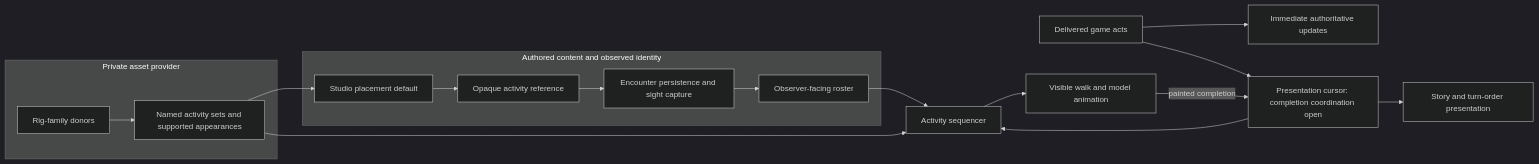
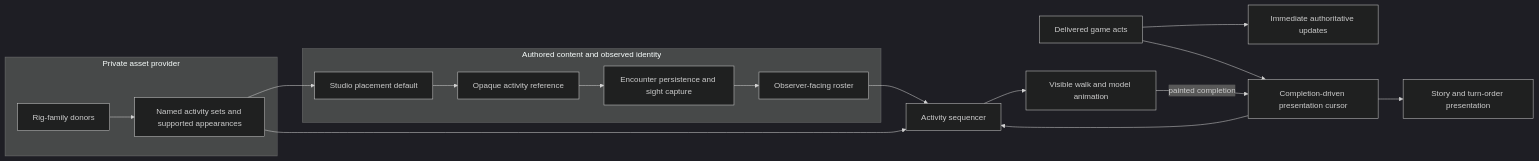
One commit to KirkDiggler/rpg-project changed the diagram in ideas/npc-activities/design.md. Above: the diagram before and after it, drawn with Mermaid (dark theme). The commit also changed other lines of this file and 1 other file, not shown here.

First line of the commit message:
Settle completion-driven NPC presentation pacing

````diff
--- a/ideas/npc-activities/design.md
+++ b/ideas/npc-activities/design.md
@@ -5,20 +5,20 @@
 ```mermaid
 flowchart LR
     subgraph Assets[Private asset provider]
       Donors[Rig-family donors] --> Sets[Named activity sets and supported appearances]
     end
     subgraph Content[Authored content and observed identity]
       Studio[Studio placement default] --> Placement[Opaque activity reference]
       Placement --> Encounter[Encounter persistence and sight capture]
       Encounter --> Roster[Observer-facing roster]
     end
     Sets --> Studio
     Roster --> Playback[Activity sequencer]
     Sets --> Playback
     Acts[Delivered game acts] --> Authority[Immediate authoritative updates]
-    Acts --> Cursor[Presentation cursor: completion coordination open]
+    Acts --> Cursor[Completion-driven presentation cursor]
     Cursor --> Playback
     Playback --> Motion[Visible walk and model animation]
     Motion -->|painted completion| Cursor
     Cursor --> Story[Story and turn-order presentation]
 ```
````
